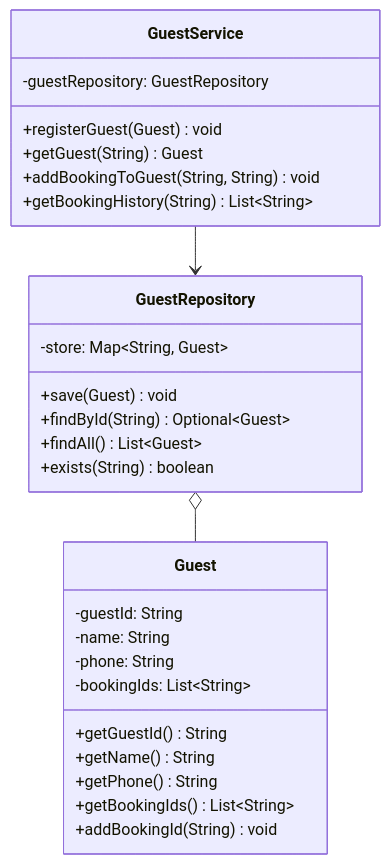
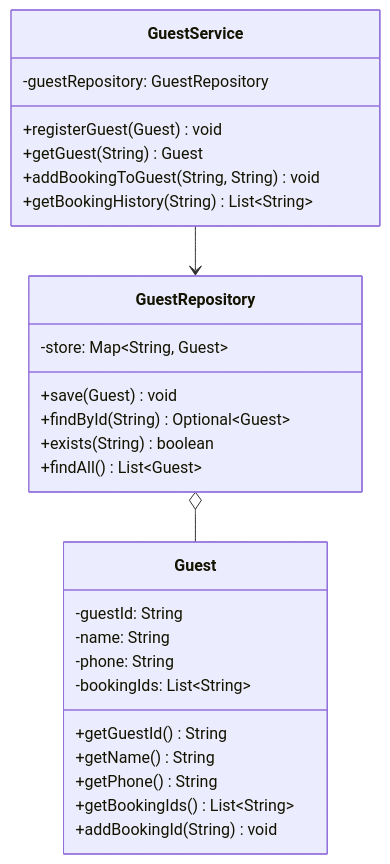
The second of 8 diagrams in HotelManagement/HMS_Class_Diagrams.md (Arnavjain1703/LLD), drawn with Mermaid before and after one commit. The commit also changed other lines of this file, not shown here.

````diff
--- a/HotelManagement/HMS_Class_Diagrams.md
+++ b/HotelManagement/HMS_Class_Diagrams.md
@@ -109,33 +115,33 @@
 ```mermaid
 classDiagram
     class Guest {
         -guestId: String
         -name: String
         -phone: String
         -bookingIds: List~String~
         +getGuestId() String
         +getName() String
         +getPhone() String
         +getBookingIds() List~String~
         +addBookingId(String) void
     }
 
     class GuestRepository {
         -store: Map~String, Guest~
         +save(Guest) void
         +findById(String) Optional~Guest~
+        +exists(String) boolean
         +findAll() List~Guest~
-        +exists(String) boolean
     }
 
     class GuestService {
         -guestRepository: GuestRepository
         +registerGuest(Guest) void
         +getGuest(String) Guest
         +addBookingToGuest(String, String) void
         +getBookingHistory(String) List~String~
     }
 
     GuestService    --> GuestRepository
     GuestRepository o-- Guest
 ```
````
